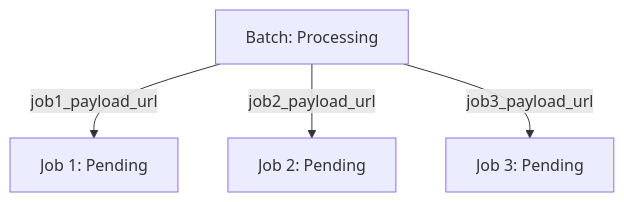
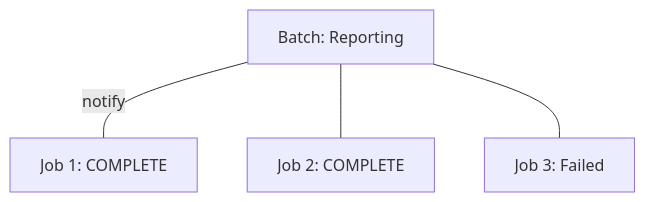
Diagram 26 of 48 in design/use-cases.md (CDLUC3/mrt-zk), drawn with Mermaid before and after one commit. The commit also changed other lines of this file, not shown here.

Commit message:
mermaid diagrams

````diff
--- a/design/use-cases.md
+++ b/design/use-cases.md
@@ -270,10 +326,11 @@
 ```mermaid
 graph TD
-  Batch[Batch: Processing]
-  Job1[Job 1: Pending]
-  Job2[Job 2: Pending]
-  Job3[Job 3: Pending]
-  Batch --> |job1_payload_url| Job1
-  Batch --> |job2_payload_url| Job2
-  Batch --> |job3_payload_url| Job3
+  accTitle: 'Batch(Reporting) has 3 Jobs (Complete, Complete, Failed): Batch state changes when the last job completed'
+  Batch[Batch: Reporting]
+  Job1[Job 1: COMPLETE]
+  Job2[Job 2: COMPLETE]
+  Job3[Job 3: Failed]
+  Batch --- |notify| Job1
+  Batch --- Job2
+  Batch --- Job3
 ```
````
